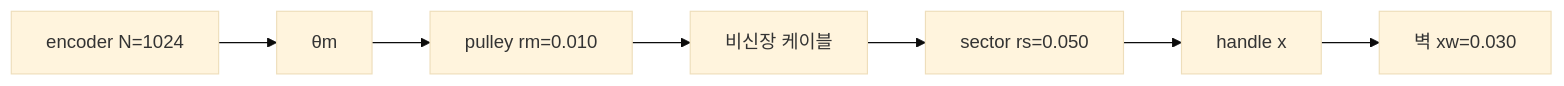
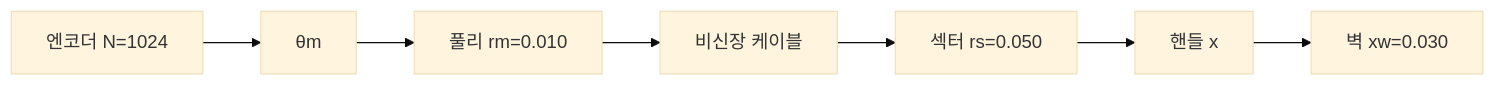
One commit to jiseop-byeon/phd-wiki changed the third of 4 diagrams in content/04-robotics/haptics-teleoperation/device-design-kinematics.md. Above: the diagram before and after it, drawn with Mermaid (base theme). The commit also changed other lines of this file and 46 other files, not shown here.

First line of the commit message:
Make every Draw item a variant, translate Korean figure labels, and close the small follow-ups

````diff
--- a/content/04-robotics/haptics-teleoperation/device-design-kinematics.md
+++ b/content/04-robotics/haptics-teleoperation/device-design-kinematics.md
@@ -270,9 +271,9 @@
 ```mermaid
 flowchart LR
-    Enc["encoder N=1024"] --> Tm["θm"]
-    Tm --> Pulley["pulley rm=0.010"]
+    Enc["엔코더 N=1024"] --> Tm["θm"]
+    Tm --> Pulley["풀리 rm=0.010"]
     Pulley --> Cable["비신장 케이블"]
-    Cable --> Sector["sector rs=0.050"]
-    Sector --> X["handle x"]
+    Cable --> Sector["섹터 rs=0.050"]
+    Sector --> X["핸들 x"]
     X --> Wall["벽 xw=0.030"]
 ```
````
